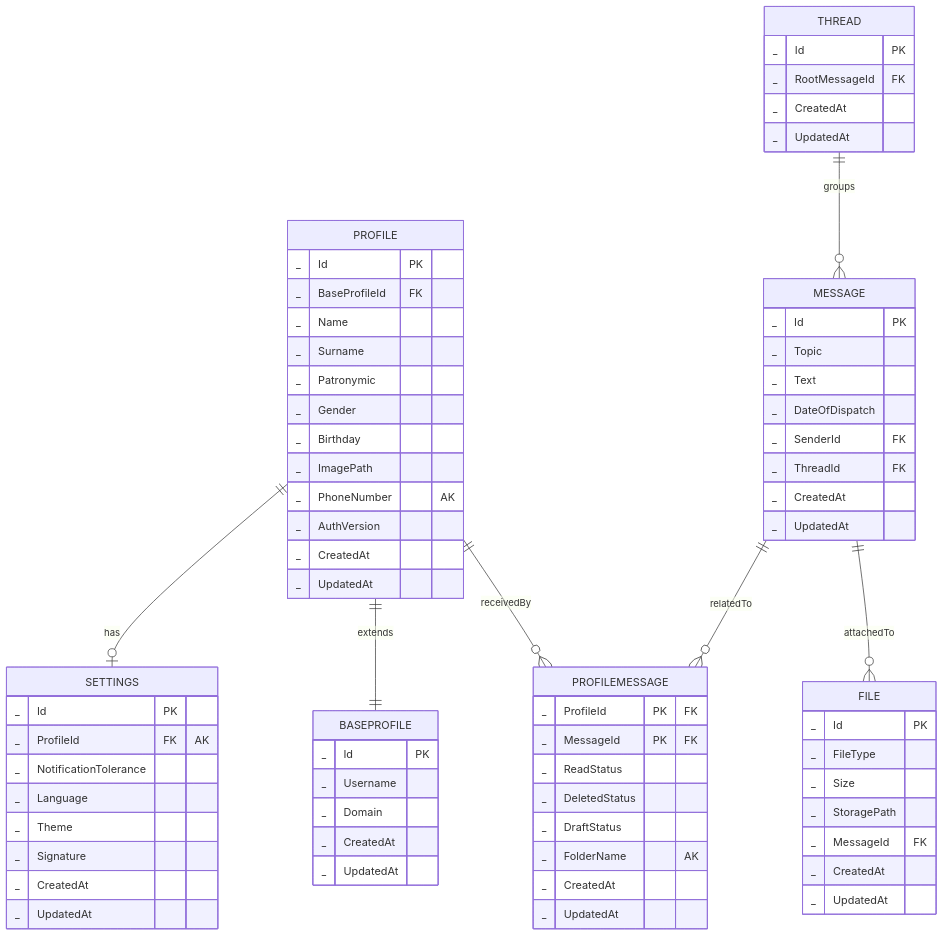
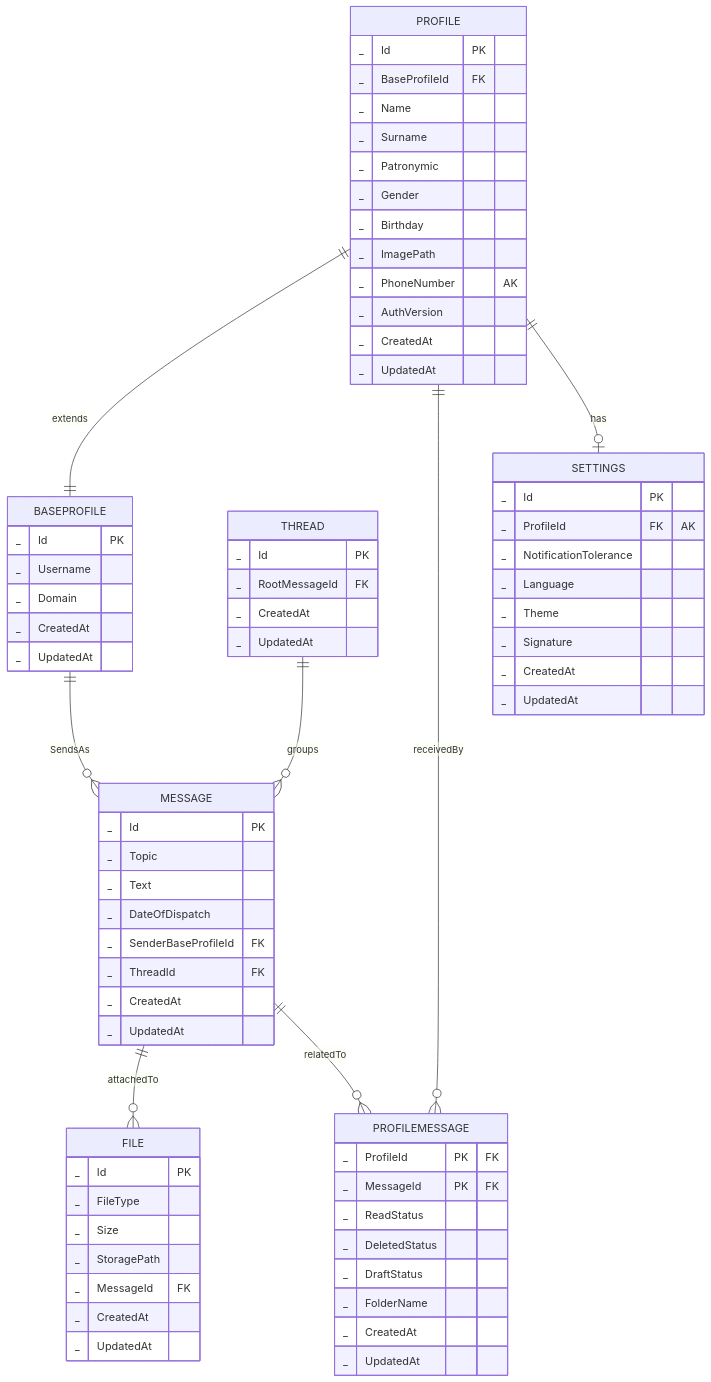
Before and after one commit to go-park-mail-ru/2025_2_A4Code: the diagram in db/normalized/ER.md, drawn with Mermaid.

````diff
--- a/db/normalized/ER.md
+++ b/db/normalized/ER.md
@@ -1,76 +1,77 @@
 ```mermaid
 erDiagram
     BASEPROFILE{
         _ Id PK
         _ Username
         _ Domain
         _ CreatedAt
         _ UpdatedAt
     }
     PROFILE {
         _ Id PK
         _ BaseProfileId FK
         _ Name
         _ Surname
         _ Patronymic
         _ Gender
         _ Birthday
         _ ImagePath
         _ PhoneNumber "AK"
         _ AuthVersion
         _ CreatedAt
         _ UpdatedAt
     }
     MESSAGE {
         _ Id PK
         _ Topic
         _ Text
         _ DateOfDispatch
-        _ SenderId FK
+        _ SenderBaseProfileId FK
         _ ThreadId FK
         _ CreatedAt
         _ UpdatedAt
     }
     THREAD {
         _ Id PK
         _ RootMessageId FK
         _ CreatedAt
         _ UpdatedAt
     }
     FILE {
         _ Id PK
         _ FileType
         _ Size
         _ StoragePath
         _ MessageId FK
         _ CreatedAt
         _ UpdatedAt
     }
     PROFILEMESSAGE {
         _ ProfileId PK "FK"
         _ MessageId PK "FK"
         _ ReadStatus
         _ DeletedStatus
         _ DraftStatus
-        _ FolderName "AK"
+        _ FolderName 
         _ CreatedAt
         _ UpdatedAt
     }
     SETTINGS {
         _ Id PK
         _ ProfileId FK "AK"
         _ NotificationTolerance
         _ Language
         _ Theme
         _ Signature
         _ CreatedAt
         _ UpdatedAt
     }
 
     PROFILE ||--o| SETTINGS : "has"
     MESSAGE ||--o{ PROFILEMESSAGE : "relatedTo"
     PROFILE ||--o{ PROFILEMESSAGE : "receivedBy"
     MESSAGE ||--o{ FILE : "attachedTo"
     THREAD ||--o{ MESSAGE : "groups"
     PROFILE ||--|| BASEPROFILE : "extends"
+    BASEPROFILE ||--o{ MESSAGE : "SendsAs"
 ```
````
